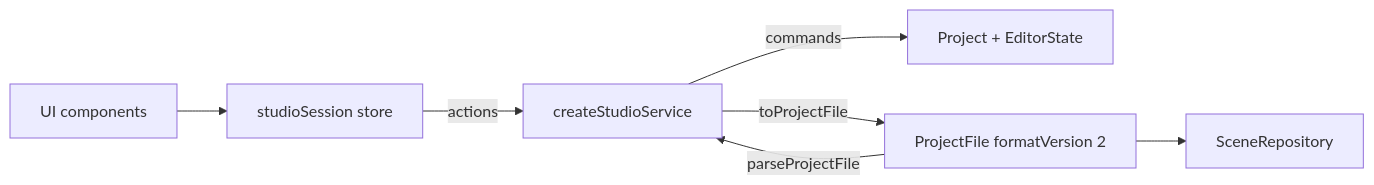
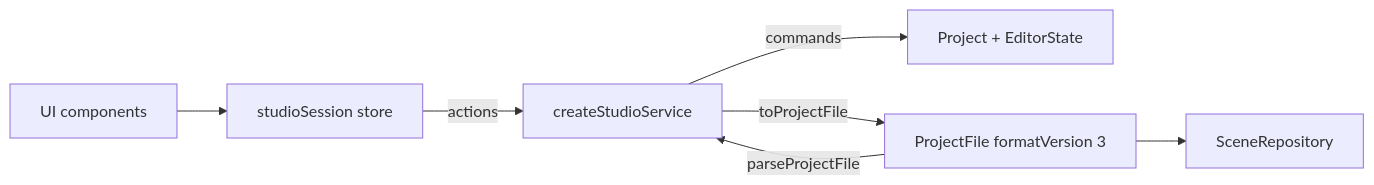
Before and after one commit to Moonbase-Systems/moonbase-studio-web: the third of 6 diagrams in .ai/docs/architecture/diagrams.md, drawn with Mermaid. The commit also changed other lines of this file and 6 other files, not shown here.

````diff
--- a/.ai/docs/architecture/diagrams.md
+++ b/.ai/docs/architecture/diagrams.md
@@ -70,9 +71,9 @@
 ```mermaid
 flowchart LR
   UI["UI components"] --> Session["studioSession store"]
   Session -->|"actions"| Service["createStudioService"]
   Service -->|"commands"| Project["Project + EditorState"]
-  Service -->|"toProjectFile"| ProjectFile["ProjectFile formatVersion 2"]
+  Service -->|"toProjectFile"| ProjectFile["ProjectFile formatVersion 3"]
   ProjectFile -->|"parseProjectFile"| Service
   ProjectFile --> Repository["SceneRepository"]
 ```
````
